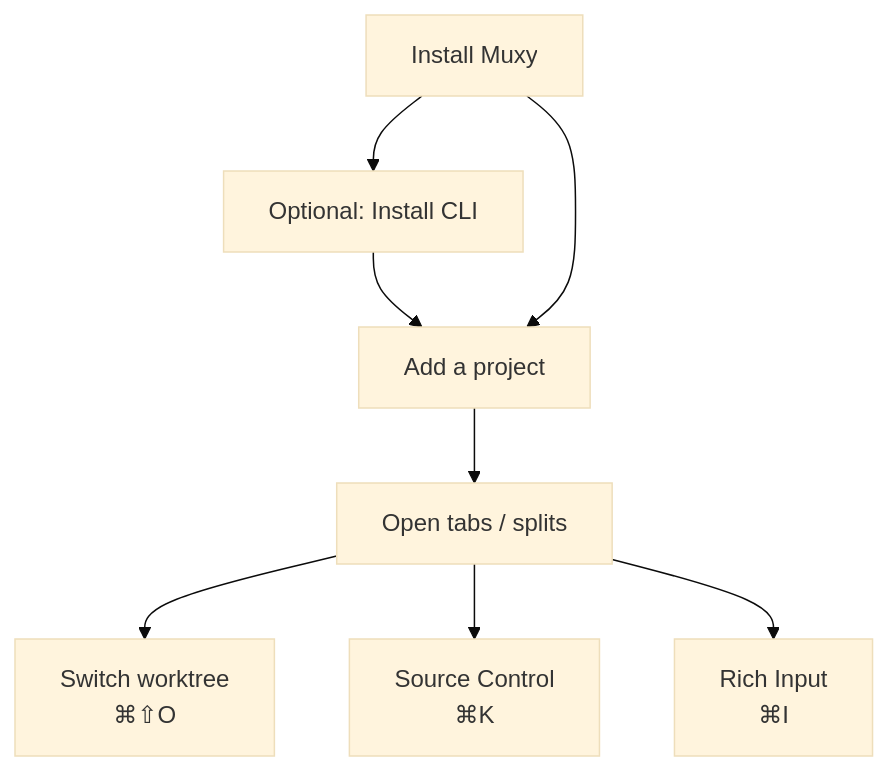
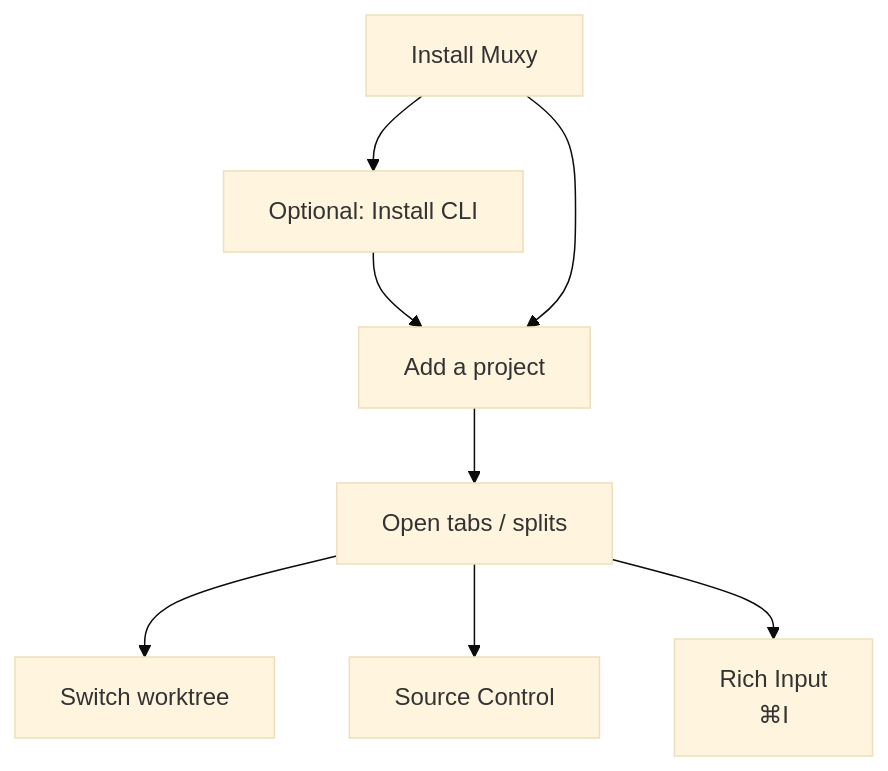
The diagram in docs/user-guide/getting-started.md (muxy-app/muxy), drawn with Mermaid (base theme) before and after one commit. The commit also changed other lines of this file and 7 other files, not shown here.

````diff
--- a/docs/user-guide/getting-started.md
+++ b/docs/user-guide/getting-started.md
@@ -5,10 +5,10 @@
 ```mermaid
 flowchart TB
   Install[Install Muxy] --> CLI[Optional: Install CLI]
   CLI --> Add[Add a project]
   Install --> Add
   Add --> Tabs[Open tabs / splits]
-  Tabs --> Worktree[Switch worktree<br/>⌘⇧O]
-  Tabs --> VCS[Source Control<br/>⌘K]
+  Tabs --> Worktree[Switch worktree]
+  Tabs --> VCS[Source Control]
   Tabs --> Rich[Rich Input<br/>⌘I]
 ```
````
